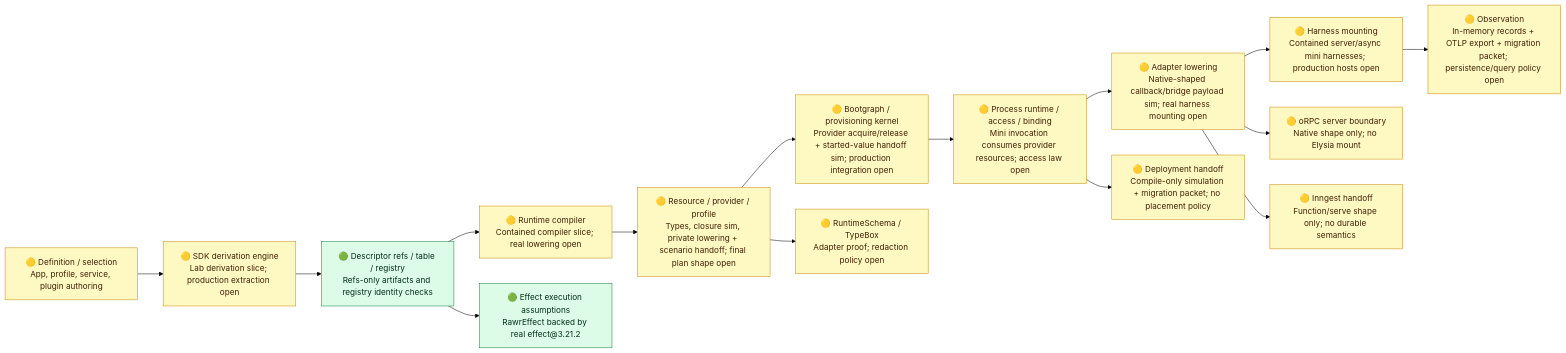
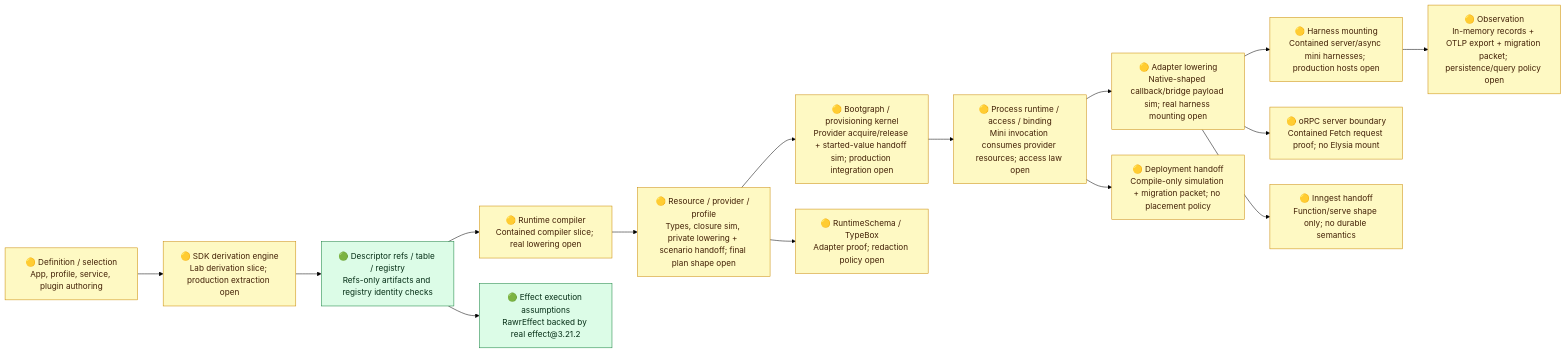
One commit to rawr-ai/rawr-hq-template changed the diagram in tools/runtime-realization-type-env/evidence/runtime-spine-verification-diagnostic.md. Above: the diagram before and after it, drawn with Mermaid (forest theme). The commit also changed other lines of this file and 12 other files, not shown here.

````diff
--- a/tools/runtime-realization-type-env/evidence/runtime-spine-verification-diagnostic.md
+++ b/tools/runtime-realization-type-env/evidence/runtime-spine-verification-diagnostic.md
@@ -19,25 +19,25 @@
 ```mermaid
 flowchart LR
   A["🟡 Definition / selection<br/>App, profile, service, plugin authoring"] --> B["🟡 SDK derivation engine<br/>Lab derivation slice; production extraction open"]
   B --> C["🟢 Descriptor refs / table / registry<br/>Refs-only artifacts and registry identity checks"]
   C --> D["🟡 Runtime compiler<br/>Contained compiler slice; real lowering open"]
   D --> E["🟡 Resource / provider / profile<br/>Types, closure sim, private lowering + scenario handoff; final plan shape open"]
   E --> F["🟡 Bootgraph / provisioning kernel<br/>Provider acquire/release + started-value handoff sim; production integration open"]
   F --> G["🟡 Process runtime / access / binding<br/>Mini invocation consumes provider resources; access law open"]
   G --> H["🟡 Adapter lowering<br/>Native-shaped callback/bridge payload sim; real harness mounting open"]
   H --> I["🟡 Harness mounting<br/>Contained server/async mini harnesses; production hosts open"]
   I --> J["🟡 Observation<br/>In-memory records + OTLP export + migration packet; persistence/query policy open"]
 
   C --> K["🟢 Effect execution assumptions<br/>RawrEffect backed by real effect@3.21.2"]
   E --> L["🟡 RuntimeSchema / TypeBox<br/>Adapter proof; redaction policy open"]
-  H --> M["🟡 oRPC server boundary<br/>Native shape only; no Elysia mount"]
+  H --> M["🟡 oRPC server boundary<br/>Contained Fetch request proof; no Elysia mount"]
   H --> N["🟡 Inngest handoff<br/>Function/serve shape only; no durable semantics"]
   G --> O["🟡 Deployment handoff<br/>Compile-only simulation + migration packet; no placement policy"]
 
   classDef green fill:#dcfce7,stroke:#15803d,color:#052e16;
   classDef yellow fill:#fef9c3,stroke:#ca8a04,color:#422006;
   classDef red fill:#fee2e2,stroke:#b91c1c,color:#450a0a;
   class C,K green;
   class A,B,D,E,F,G,H,J,L,M,N,O yellow;
   class I yellow;
 ```
````
